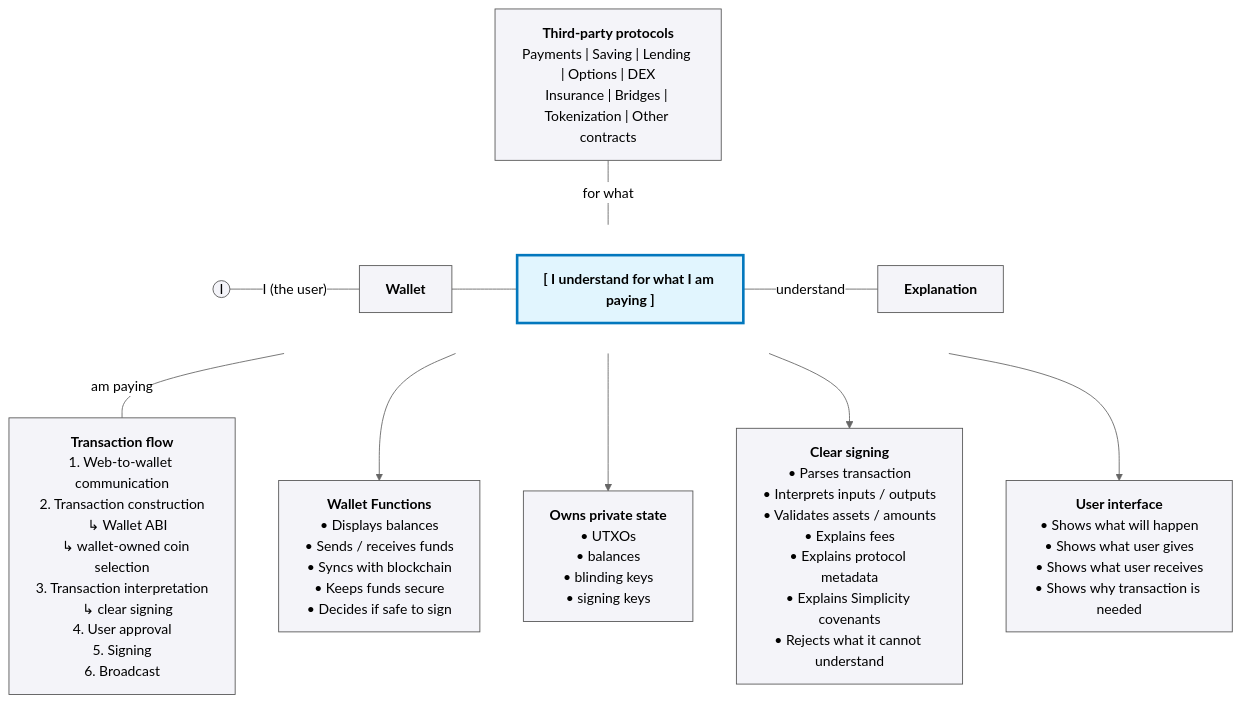
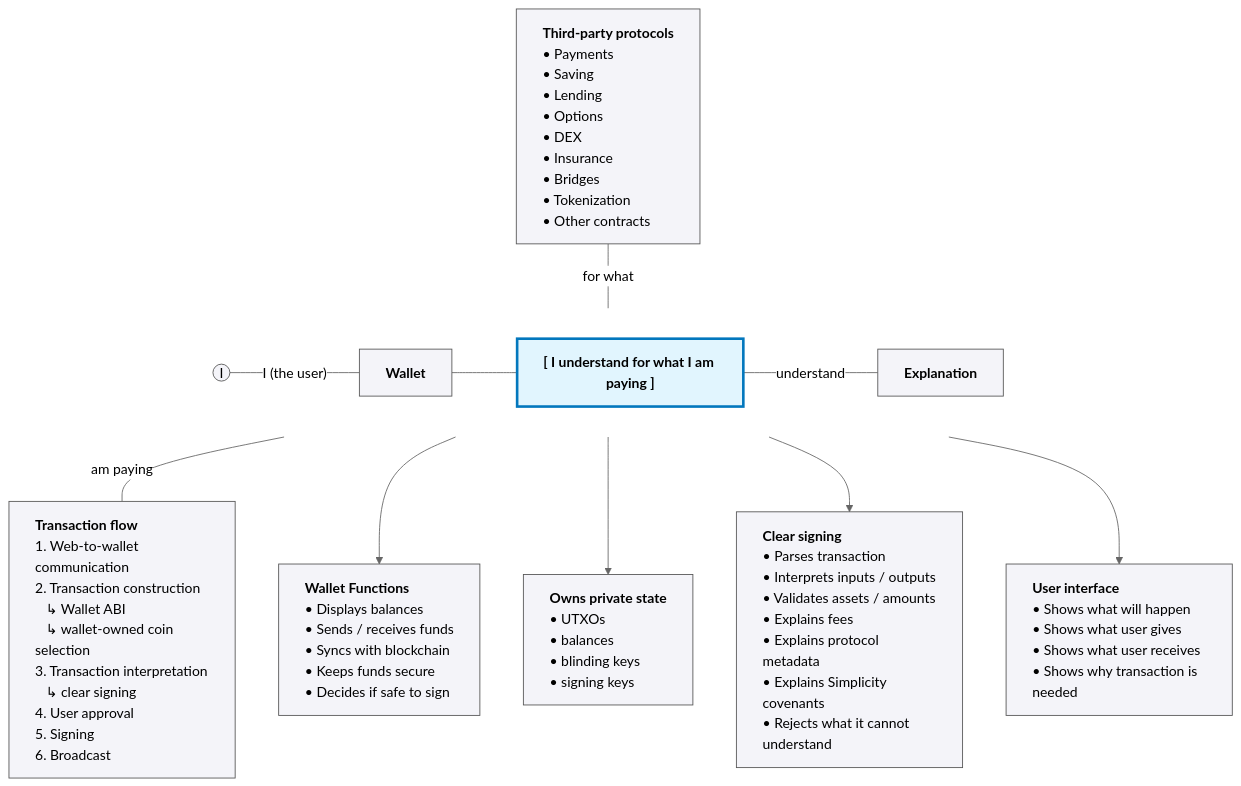
The diagram in docs/documentation/road-to-ecosystem.md (BlockstreamResearch/simplicity-lang-org), drawn with Mermaid (neutral theme) before and after one commit. The commit also changed other lines of this file, not shown here.

````diff
--- a/docs/documentation/road-to-ecosystem.md
+++ b/docs/documentation/road-to-ecosystem.md
@@ -23,39 +23,41 @@
 ```mermaid
 flowchart TD
+    classDef leftAlign text-align:left;
+
     %% Main vertical flow nodes
-    Protocols["<b>Third-party protocols</b><br/>Payments | Saving | Lending | Options | DEX<br/>Insurance | Bridges | Tokenization | Other contracts"]
-    TxFlow["<b>Transaction flow</b><br/>1. Web-to-wallet communication<br/>2. Transaction construction<br/>&nbsp;&nbsp;&nbsp;↳ Wallet ABI<br/>&nbsp;&nbsp;&nbsp;↳ wallet-owned coin selection<br/>3. Transaction interpretation<br/>&nbsp;&nbsp;&nbsp;↳ clear signing<br/>4. User approval<br/>5. Signing<br/>6. Broadcast"]
+    Protocols["<b>Third-party protocols</b><br/>• Payments<br/>• Saving<br/>• Lending<br/>• Options<br/>• DEX<br/>• Insurance<br/>• Bridges<br/>• Tokenization<br/>• Other contracts"]:::leftAlign
+    TxFlow["<b>Transaction flow</b><br/>1. Web-to-wallet communication<br/>2. Transaction construction<br/>&nbsp;&nbsp;&nbsp;↳ Wallet ABI<br/>&nbsp;&nbsp;&nbsp;↳ wallet-owned coin selection<br/>3. Transaction interpretation<br/>&nbsp;&nbsp;&nbsp;↳ clear signing<br/>4. User approval<br/>5. Signing<br/>6. Broadcast"]:::leftAlign
 
     %% Subgraph forcing Left-to-Right rendering for the sentence
     subgraph Horizontal_Sentence [" "]
         direction LR
         I((I)) -- "I (the user)" --- Wallet["<b>Wallet</b>"]
         Wallet --- Core["<b>[ I understand for what I am paying ]</b>"]
         Core -- "understand" --- Explanation["<b>Explanation</b>"]
     end
 
     %% Vertical cross-axis connections
     Protocols -- "for what" --- Core
     Core -- "am paying" --- TxFlow
 
     %% Attach the collapsed sub-trees below the horizontal nodes
-    W_Features["<b>Wallet Functions</b><br/>• Displays balances<br/>• Sends / receives funds<br/>• Syncs with blockchain<br/>• Keeps funds secure<br/>• Decides if safe to sign"]
-    W_Priv["<b>Owns private state</b><br/>• UTXOs<br/>• balances<br/>• blinding keys<br/>• signing keys"]
+    W_Features["<b>Wallet Functions</b><br/>• Displays balances<br/>• Sends / receives funds<br/>• Syncs with blockchain<br/>• Keeps funds secure<br/>• Decides if safe to sign"]:::leftAlign
+    W_Priv["<b>Owns private state</b><br/>• UTXOs<br/>• balances<br/>• blinding keys<br/>• signing keys"]:::leftAlign
 
     Wallet --> W_Features
     Wallet --> W_Priv
 
-    E_Clear["<b>Clear signing</b><br/>• Parses transaction<br/>• Interprets inputs / outputs<br/>• Validates assets / amounts<br/>• Explains fees<br/>• Explains protocol metadata<br/>• Explains Simplicity covenants<br/>• Rejects what it cannot understand"]
-    E_UI["<b>User interface</b><br/>• Shows what will happen<br/>• Shows what user gives<br/>• Shows what user receives<br/>• Shows why transaction is needed"]
+    E_Clear["<b>Clear signing</b><br/>• Parses transaction<br/>• Interprets inputs / outputs<br/>• Validates assets / amounts<br/>• Explains fees<br/>• Explains protocol metadata<br/>• Explains Simplicity covenants<br/>• Rejects what it cannot understand"]:::leftAlign
+    E_UI["<b>User interface</b><br/>• Shows what will happen<br/>• Shows what user gives<br/>• Shows what user receives<br/>• Shows why transaction is needed"]:::leftAlign
 
     Explanation --> E_Clear
     Explanation --> E_UI
 
     %% Styling
     classDef highlight fill:#e1f5fe,stroke:#0277bd,stroke-width:3px,color:#000;
     class Core highlight;
     classDef default fill:#f4f4f9,stroke:#555,stroke-width:1px;
 
     %% Hide the subgraph border so it appears completely seamless
     style Horizontal_Sentence fill:none,stroke:none,color:none;
 ```
````
